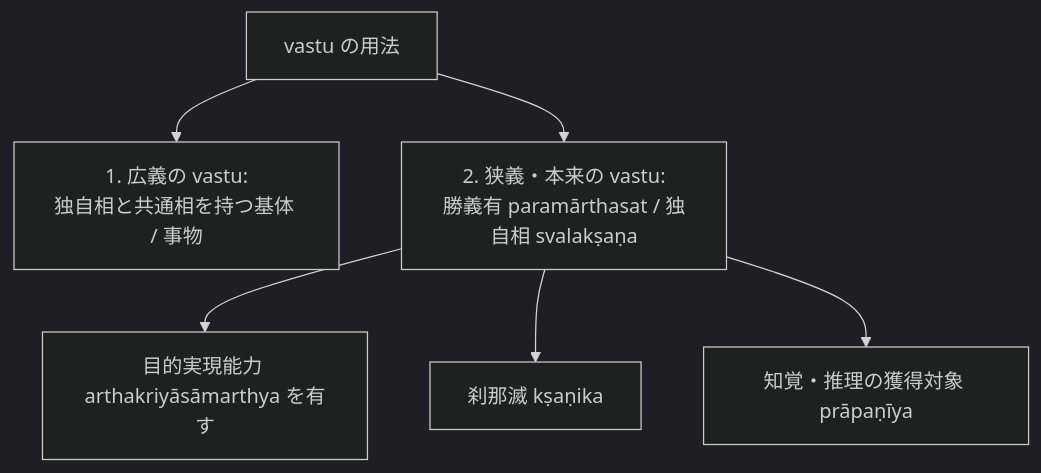
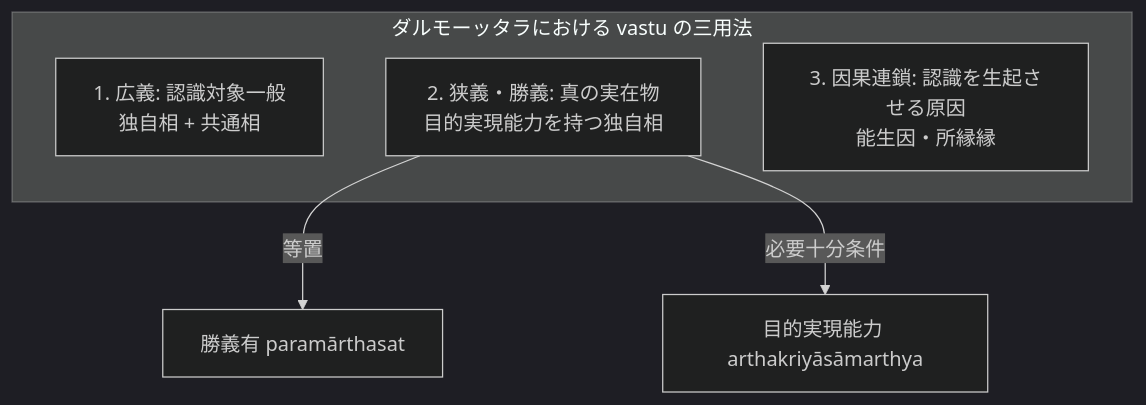
One commit to NeMiao-95/buddhist-logic-wiki changed the diagram in content/ja/真に存在する実在 (vastu).md. Above: the diagram before and after it, drawn with Mermaid (dark theme). The commit also changed other lines of this file and 1 other file, not shown here.

Commit message:
feat: ingest chapter 1 (arthakriyā and vastu nuances) into wiki

````diff
--- a/content/ja/真に存在する実在 (vastu).md
+++ b/content/ja/真に存在する実在 (vastu).md
@@ -31,13 +43,14 @@
 ```mermaid
 flowchart TD
-    VastuConcept[vastu の用法]
-    
-    VastuConcept --> Broad[1. 広義の vastu:
-独自相と共通相を持つ基体 / 事物]
-    VastuConcept --> Strict[2. 狭義・本来の vastu:
-勝義有 paramārthasat / 独自相 svalakṣaṇa]
-    
-    Strict --> Feature1[目的実現能力 arthakriyāsāmarthya を有す]
-    Strict --> Feature2[刹那滅 kṣaṇika]
-    Strict --> Feature3[知覚・推理の獲得対象 prāpaṇīya]
+    subgraph VastuMeanings[ダルモーッタラにおける vastu の三用法]
+        V1[1. 広義: 認識対象一般
+独自相 + 共通相]
+        V2[2. 狭義・勝義: 真の実在物
+目的実現能力を持つ独自相]
+        V3[3. 因果連鎖: 認識を生起させる原因
+能生因・所縁縁]
+    end
+
+    V2 -->|等置| Paramartha[勝義有 paramārthasat]
+    V2 -->|必要十分条件| Arthakriya[目的実現能力 arthakriyāsāmarthya]
 ```
````
